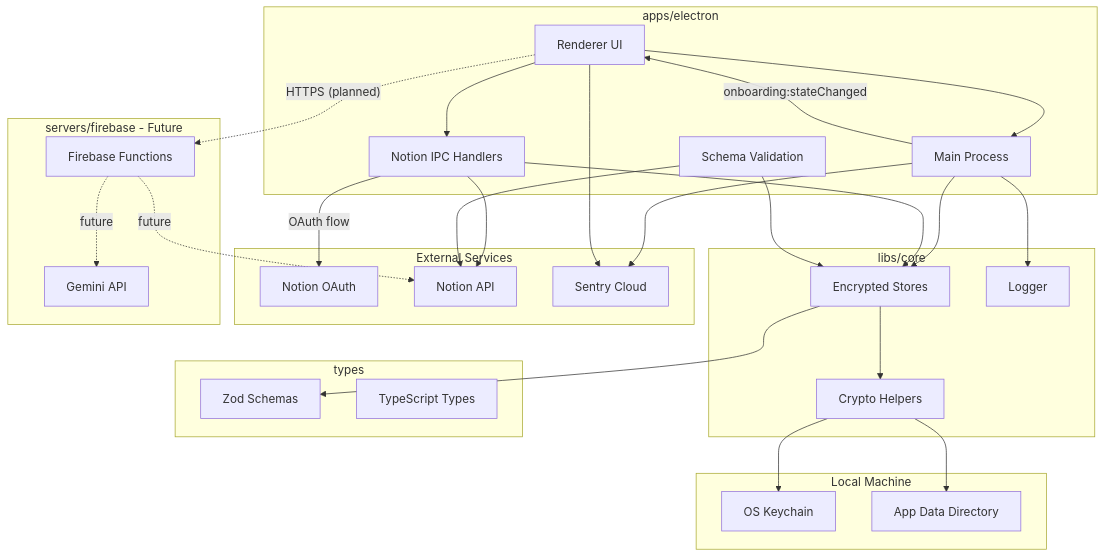
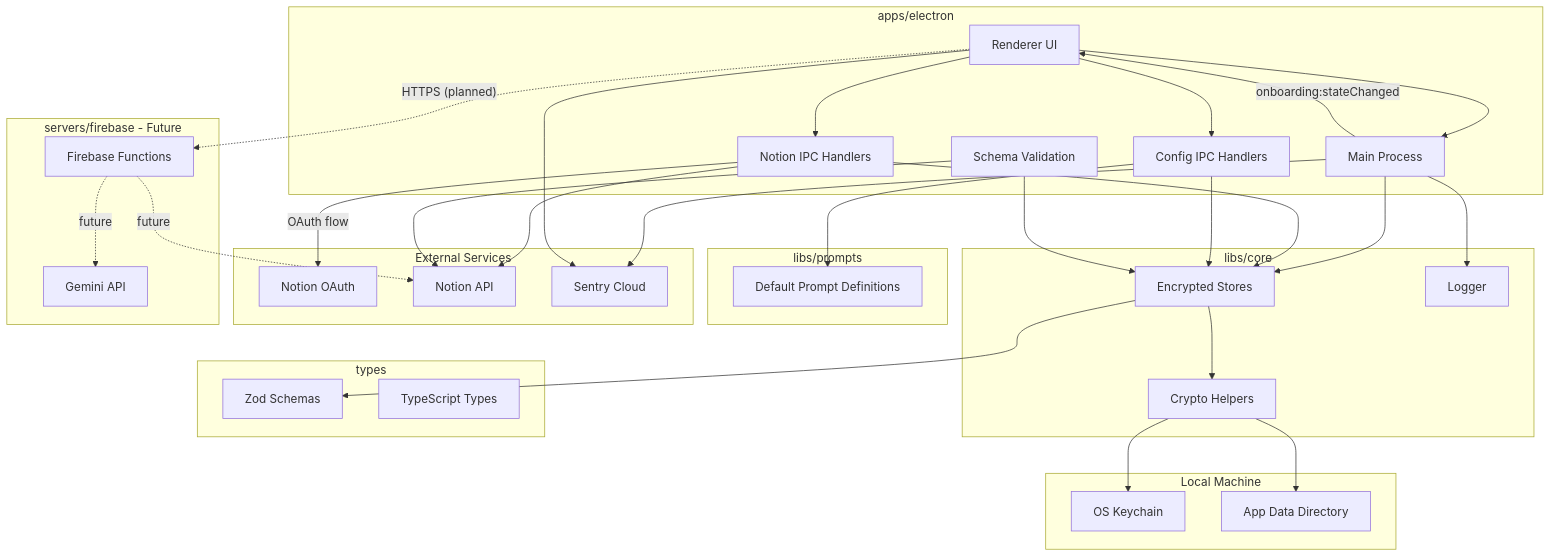
The diagram in ARCH.md (hcwiley/flwst), drawn with Mermaid before and after one commit. The commit also changed other lines of this file and 34 other files, not shown here.

````diff
--- a/ARCH.md
+++ b/ARCH.md
@@ -40,57 +42,65 @@
 ```mermaid
 flowchart TD
   subgraph App[apps/electron]
     Renderer[Renderer UI]
     Main[Main Process]
     NotionIPC[Notion IPC Handlers]
+    ConfigIPC[Config IPC Handlers]
     SchemaValidation[Schema Validation]
   end
 
   subgraph Core[libs/core]
     Stores[Encrypted Stores]
     Crypto[Crypto Helpers]
     Logger[Logger]
   end
 
   subgraph Types[types]
     ZodSchemas[Zod Schemas]
     TypeDefs[TypeScript Types]
+  end
+
+  subgraph Prompts[libs/prompts]
+    PromptDefs[Default Prompt Definitions]
   end
 
   subgraph Local[Local Machine]
     Keychain[OS Keychain]
     Files[App Data Directory]
   end
 
   subgraph External[External Services]
     NotionOAuth[Notion OAuth]
     NotionAPI[Notion API]
     SentryAPI[Sentry Cloud]
   end
 
   subgraph Firebase[servers/firebase - Future]
     Functions[Firebase Functions]
     Gemini[Gemini API]
   end
 
   Renderer --> Main
   Renderer --> NotionIPC
+  Renderer --> ConfigIPC
   Main -->|"onboarding:stateChanged"| Renderer
   Main --> Stores
   NotionIPC --> NotionAPI
   NotionIPC -->|OAuth flow| NotionOAuth
   NotionIPC --> Stores
+  ConfigIPC --> Stores
+  ConfigIPC --> PromptDefs
   SchemaValidation --> NotionAPI
   SchemaValidation --> Stores
   Stores --> Crypto
   Stores --> ZodSchemas
   Crypto --> Keychain
   Crypto --> Files
   Main --> Logger
   Main --> SentryAPI
   Renderer --> SentryAPI
 
   Renderer -.->|"HTTPS (planned)"| Functions
   Functions -.->|future| Gemini
   Functions -.->|future| NotionAPI
 ```
````
